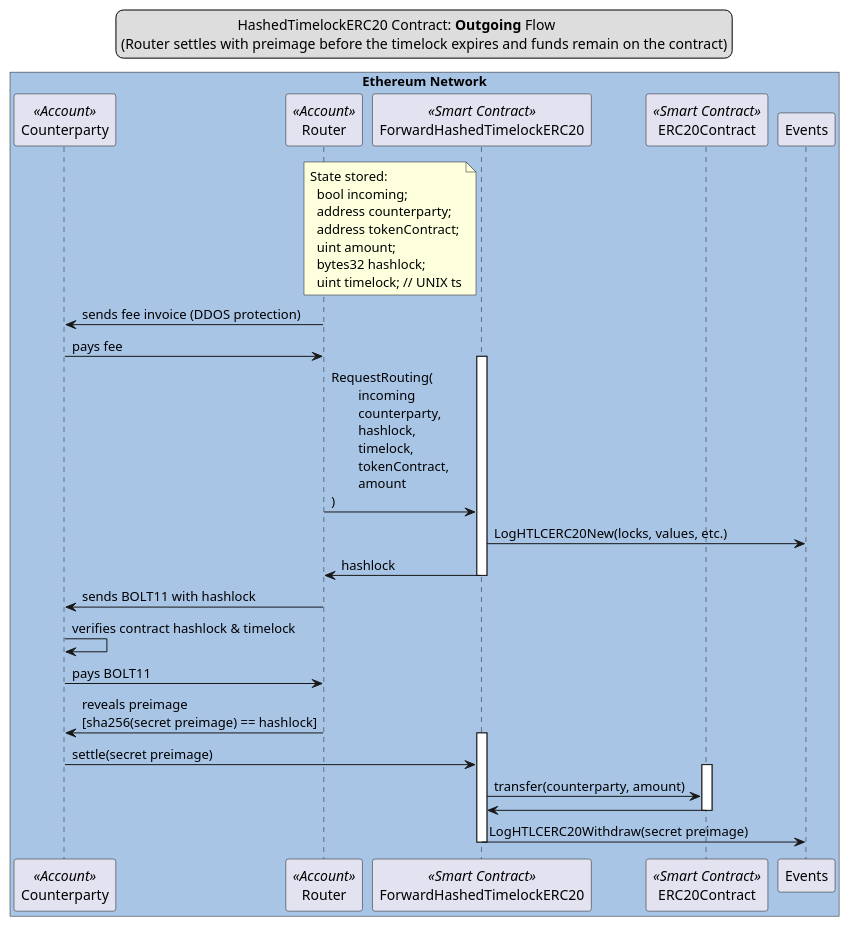
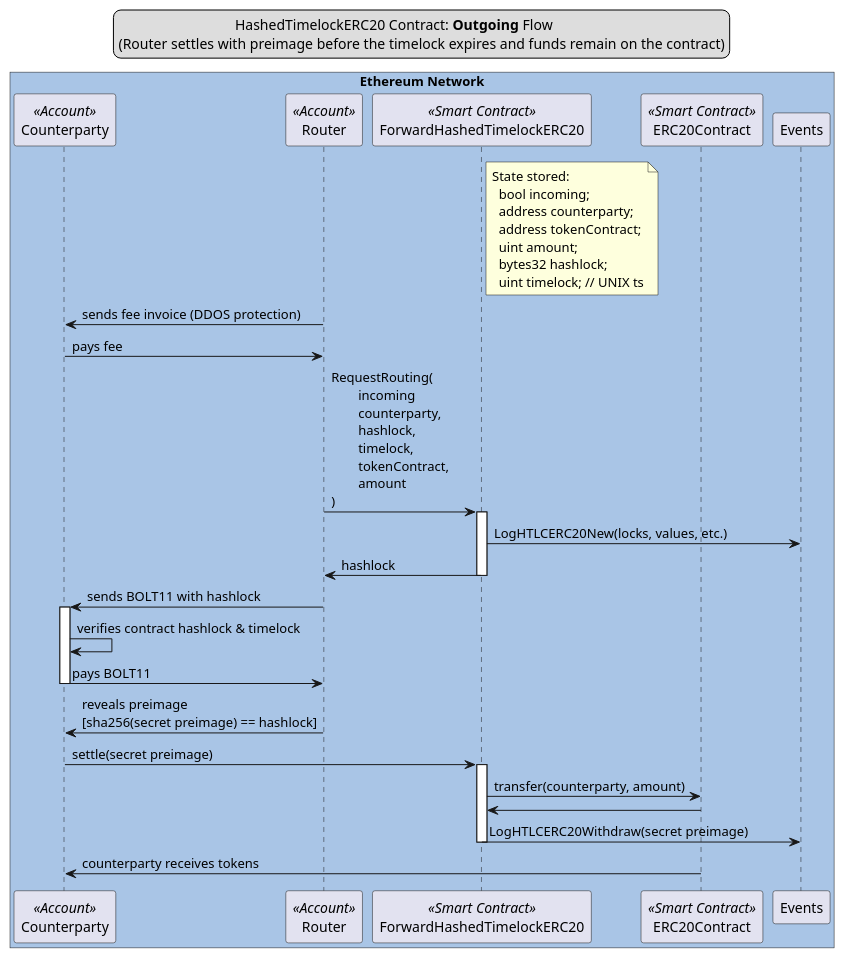
One commit to SatsBridge/awesome-htlc changed the diagram in docs/sequence-diagram-htlc-outgoing-success.plantuml. Above: the diagram before and after it, drawn with PlantUML. The commit also changed 5 other files, not shown here.

Commit message:
docs/protocol diagrams updates

```diff
--- a/docs/sequence-diagram-htlc-outgoing-success.plantuml
+++ b/docs/sequence-diagram-htlc-outgoing-success.plantuml
@@ -1,50 +1,55 @@
 @startuml
 skinparam BoxPadding 20
 
 legend top
 \t\t\t\tHashedTimelockERC20 Contract: **Outgoing** Flow
 (Router settles with preimage before the timelock expires and funds remain on the contract)
 end legend
 
 box "Ethereum Network" #A9C5E6
 participant Counterparty as counterparty << Account >>
 participant Router as router << Account >>
 participant ForwardHashedTimelockERC20 as htlc << Smart Contract >>
 participant ERC20Contract as token << Smart Contract >>
 participant Events as events
 end box
 
-note left of htlc
+note right of htlc
 State stored:
   bool incoming;
   address counterparty;
   address tokenContract;
   uint amount;
   bytes32 hashlock;
   uint timelock; // UNIX ts
 end note
 
 router->counterparty:sends fee invoice (DDOS protection)
 counterparty->router:pays fee
 
+router->htlc:RequestRouting(\n\tincoming\n\tcounterparty,\n\thashlock,\n\ttimelock,\n\ttokenContract,\n\tamount\n)
+
 activate htlc
-  router->htlc:RequestRouting(\n\tincoming\n\tcounterparty,\n\thashlock,\n\ttimelock,\n\ttokenContract,\n\tamount\n)
   htlc->events:LogHTLCERC20New(locks, values, etc.)
   htlc->router:hashlock
 deactivate htlc
 
 router->counterparty:sends BOLT11 with hashlock
-counterparty->counterparty:verifies contract hashlock & timelock
-counterparty->router:pays BOLT11
+
+activate counterparty
+  counterparty->counterparty:verifies contract hashlock & timelock
+  counterparty->router:pays BOLT11
+deactivate counterparty
+
 router->counterparty:reveals preimage\n[sha256(secret preimage) == hashlock]
 
+counterparty->htlc:settle(secret preimage)
 activate htlc
-  counterparty->htlc:settle(secret preimage)
-  activate token
-    htlc->token:transfer(counterparty, amount)
-    token->htlc
-  deactivate token
+  htlc->token:transfer(counterparty, amount)
+  token->htlc
   htlc->events:LogHTLCERC20Withdraw(secret preimage)
 deactivate htlc
 
+token->counterparty:counterparty receives tokens
+
 @enduml
```
